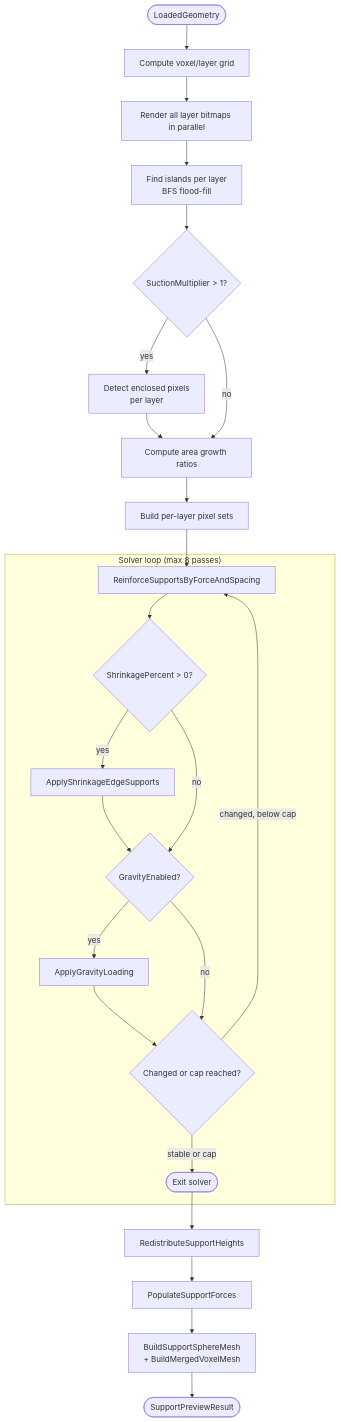
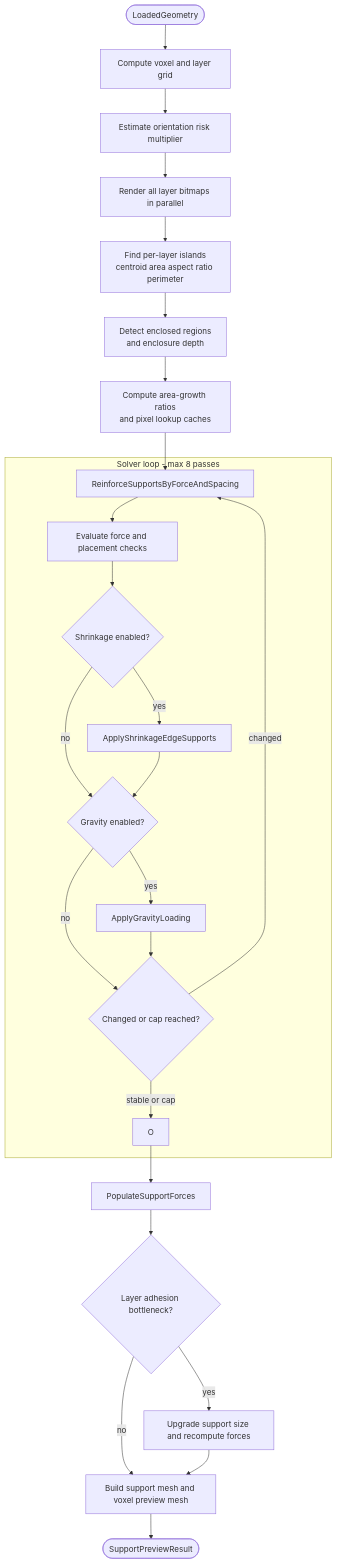
The first of 4 diagrams in docs/features/autosupport-algorithm.md (jamiehales/findamodel), drawn with Mermaid before and after one commit. The commit also changed other lines of this file and 12 other files, not shown here.

````diff
--- a/docs/features/autosupport-algorithm.md
+++ b/docs/features/autosupport-algorithm.md
@@ -43,29 +52,30 @@
 ```mermaid
 flowchart TD
-    A([LoadedGeometry]) --> B[Compute voxel/layer grid]
-    B --> C[Render all layer bitmaps in parallel]
-    C --> D[Find islands per layer\nBFS flood-fill]
-    D --> E{SuctionMultiplier > 1?}
-    E -- yes --> F[Detect enclosed pixels\nper layer]
-    F --> G
-    E -- no --> G[Compute area growth ratios]
-    G --> H[Build per-layer pixel sets]
-    H --> I
+  A([LoadedGeometry]) --> B[Compute voxel and layer grid]
+  B --> C[Estimate orientation risk multiplier]
+  C --> D[Render all layer bitmaps in parallel]
+  D --> E[Find per-layer islands\ncentroid area aspect ratio perimeter]
+  E --> F[Detect enclosed regions\nand enclosure depth]
+  F --> G[Compute area-growth ratios\nand pixel lookup caches]
+  G --> H
 
-    subgraph solver ["Solver loop (max 8 passes)"]
-        I[ReinforceSupportsByForceAndSpacing] --> J{ShrinkagePercent > 0?}
-        J -- yes --> K[ApplyShrinkageEdgeSupports]
-        K --> L
-        J -- no --> L{GravityEnabled?}
-        L -- yes --> M[ApplyGravityLoading]
-        M --> N
-        L -- no --> N{Changed or cap reached?}
-        N -- changed, below cap --> I
-        N -- stable or cap --> O
-    end
+  subgraph solver ["Solver loop - max 8 passes"]
+    H[ReinforceSupportsByForceAndSpacing] --> I[Evaluate force and placement checks]
+    I --> J{Shrinkage enabled?}
+    J -- yes --> K[ApplyShrinkageEdgeSupports]
+    J -- no --> L
+    K --> L{Gravity enabled?}
+    L -- yes --> M[ApplyGravityLoading]
+    L -- no --> N
+    M --> N{Changed or cap reached?}
+    N -- changed --> H
+    N -- stable or cap --> O
+  end
 
-    O([Exit solver]) --> P[RedistributeSupportHeights]
-    P --> Q[PopulateSupportForces]
-    Q --> R[BuildSupportSphereMesh\n+ BuildMergedVoxelMesh]
-    R --> S([SupportPreviewResult])
+  O --> P[PopulateSupportForces]
+  P --> Q{Layer adhesion bottleneck?}
+  Q -- yes --> R[Upgrade support size and recompute forces]
+  Q -- no --> S
+  R --> S[Build support mesh and voxel preview mesh]
+  S --> T([SupportPreviewResult])
 ```
````
